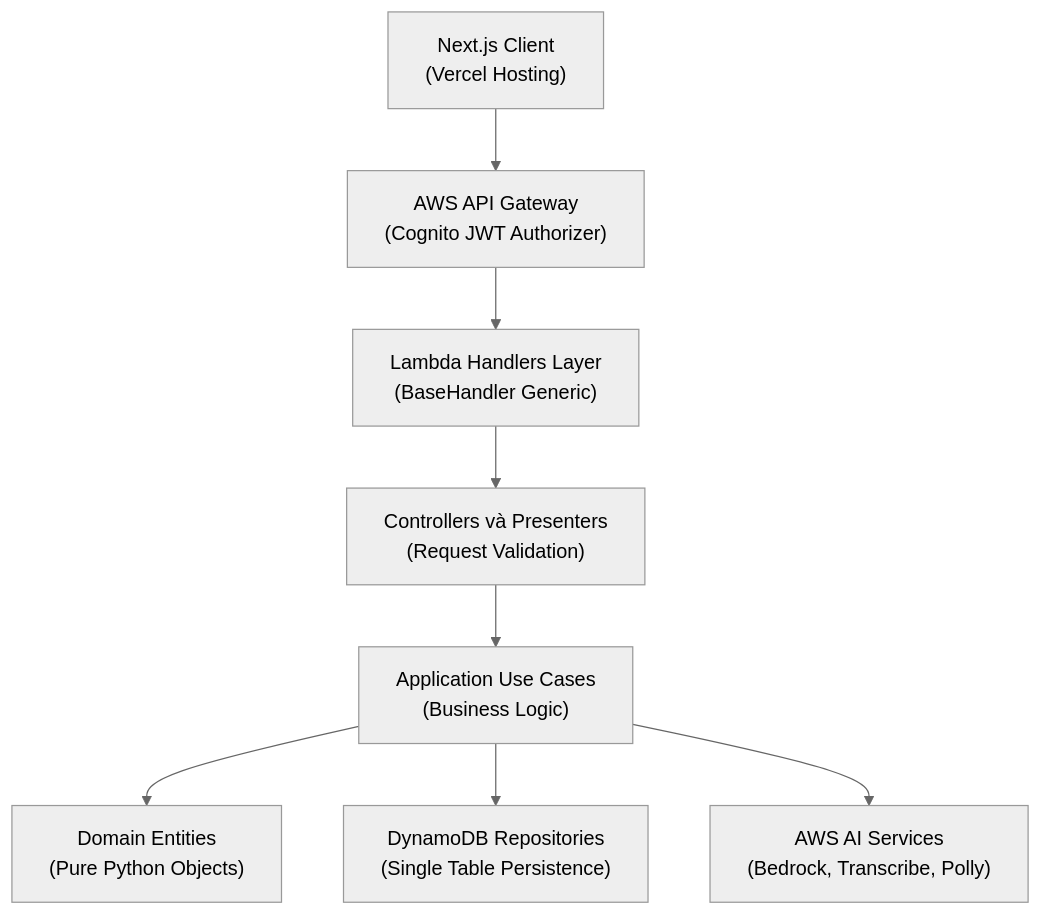
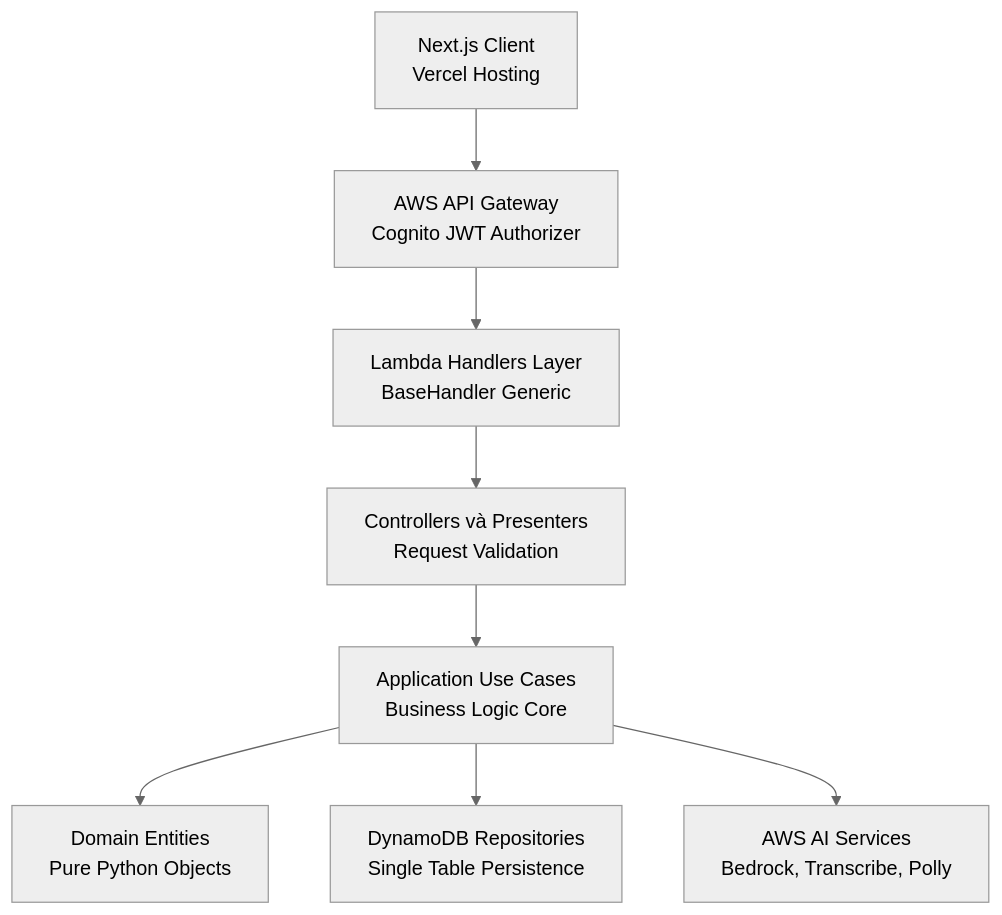
One commit to nguyengoctin/my_website changed the first of 3 diagrams in content/posts/lexi-ai-english-tutor.md. Above: the diagram before and after it, drawn with Mermaid (neutral theme). The commit also changed other lines of this file and 19 other files, not shown here.

Commit message:
chore: implement Mermaid best-practice audit script, apply auto-fixes to posts, and adjust rendering configurations

````diff
--- a/content/posts/lexi-ai-english-tutor.md
+++ b/content/posts/lexi-ai-english-tutor.md
@@ -19,18 +19,18 @@
 ```mermaid
 flowchart TD
-    ClientApp["Next.js Client<br/>(Vercel Hosting)"]
-    APIGateway["AWS API Gateway<br/>(Cognito JWT Authorizer)"]
-    HandlerLayer["Lambda Handlers Layer<br/>(BaseHandler Generic)"]
-    ControllerLayer["Controllers và Presenters<br/>(Request Validation)"]
-    UseCaseLayer["Application Use Cases<br/>(Business Logic)"]
-    DomainLayer["Domain Entities<br/>(Pure Python Objects)"]
-    DynamoRepo["DynamoDB Repositories<br/>(Single Table Persistence)"]
-    AIServices["AWS AI Services<br/>(Bedrock, Transcribe, Polly)"]
+    ClientApp["Next.js Client<br/>Vercel Hosting"]
+    APIGateway["AWS API Gateway<br/>Cognito JWT Authorizer"]
+    HandlerLayer["Lambda Handlers Layer<br/>BaseHandler Generic"]
+    ControllerLayer["Controllers và Presenters<br/>Request Validation"]
+    UseCaseLayer["Application Use Cases<br/>Business Logic Core"]
+    DomainLayer["Domain Entities<br/>Pure Python Objects"]
+    DynamoRepo["DynamoDB Repositories<br/>Single Table Persistence"]
+    AIServices["AWS AI Services<br/>Bedrock, Transcribe, Polly"]
     ClientApp --> APIGateway
     APIGateway --> HandlerLayer
     HandlerLayer --> ControllerLayer
     ControllerLayer --> UseCaseLayer
     UseCaseLayer --> DomainLayer
     UseCaseLayer --> DynamoRepo
     UseCaseLayer --> AIServices
 ```
````
